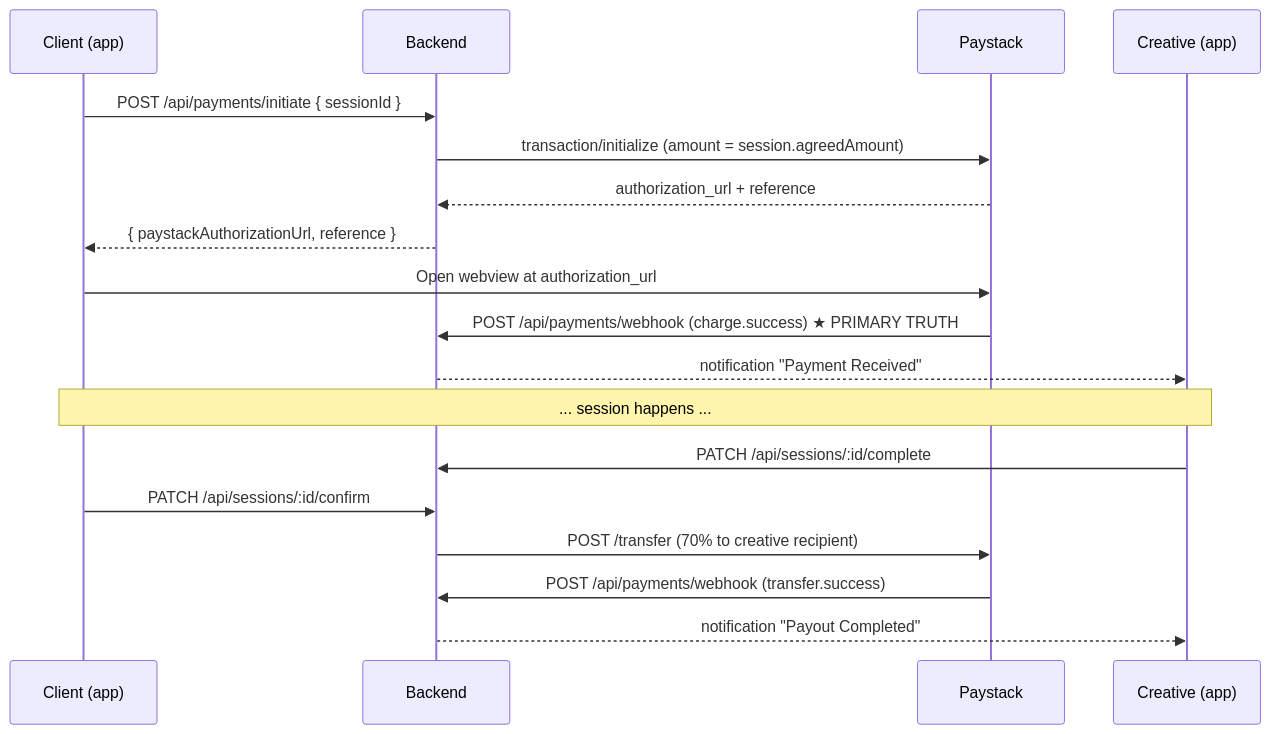
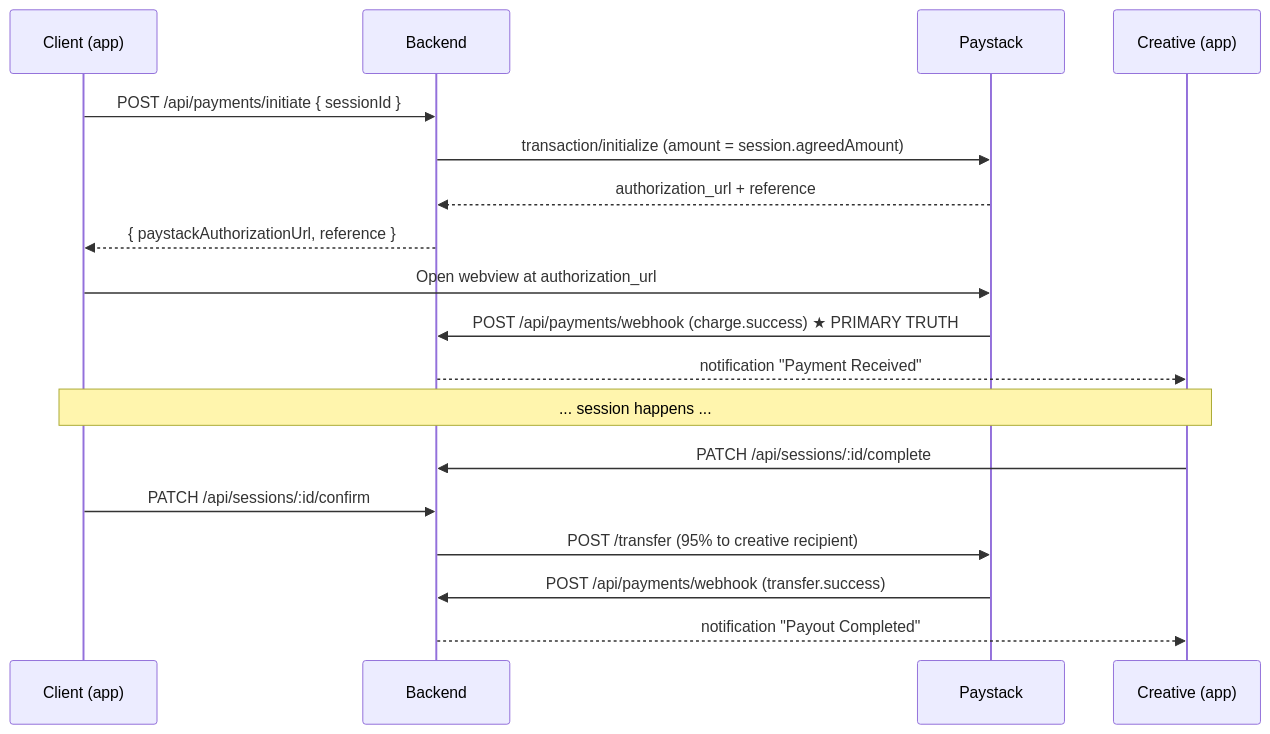
One commit to codedjade003/photobook_server changed the first of 2 diagrams in PAYMENTS_GUIDE.md. Above: the diagram before and after it, drawn with Mermaid. The commit also changed other lines of this file and 18 other files, not shown here.

````diff
--- a/PAYMENTS_GUIDE.md
+++ b/PAYMENTS_GUIDE.md
@@ -11,21 +32,21 @@
 ```mermaid
 sequenceDiagram
     participant C as Client (app)
     participant BE as Backend
     participant PS as Paystack
     participant CR as Creative (app)
 
     C->>BE: POST /api/payments/initiate { sessionId }
     BE->>PS: transaction/initialize (amount = session.agreedAmount)
     PS-->>BE: authorization_url + reference
     BE-->>C: { paystackAuthorizationUrl, reference }
     C->>PS: Open webview at authorization_url
     PS->>BE: POST /api/payments/webhook (charge.success) ★ PRIMARY TRUTH
     BE-->>CR: notification "Payment Received"
     Note over C,CR: ... session happens ...
     CR->>BE: PATCH /api/sessions/:id/complete
     C->>BE: PATCH /api/sessions/:id/confirm
-    BE->>PS: POST /transfer (70% to creative recipient)
+    BE->>PS: POST /transfer (95% to creative recipient)
     PS->>BE: POST /api/payments/webhook (transfer.success)
     BE-->>CR: notification "Payout Completed"
 ```
````
